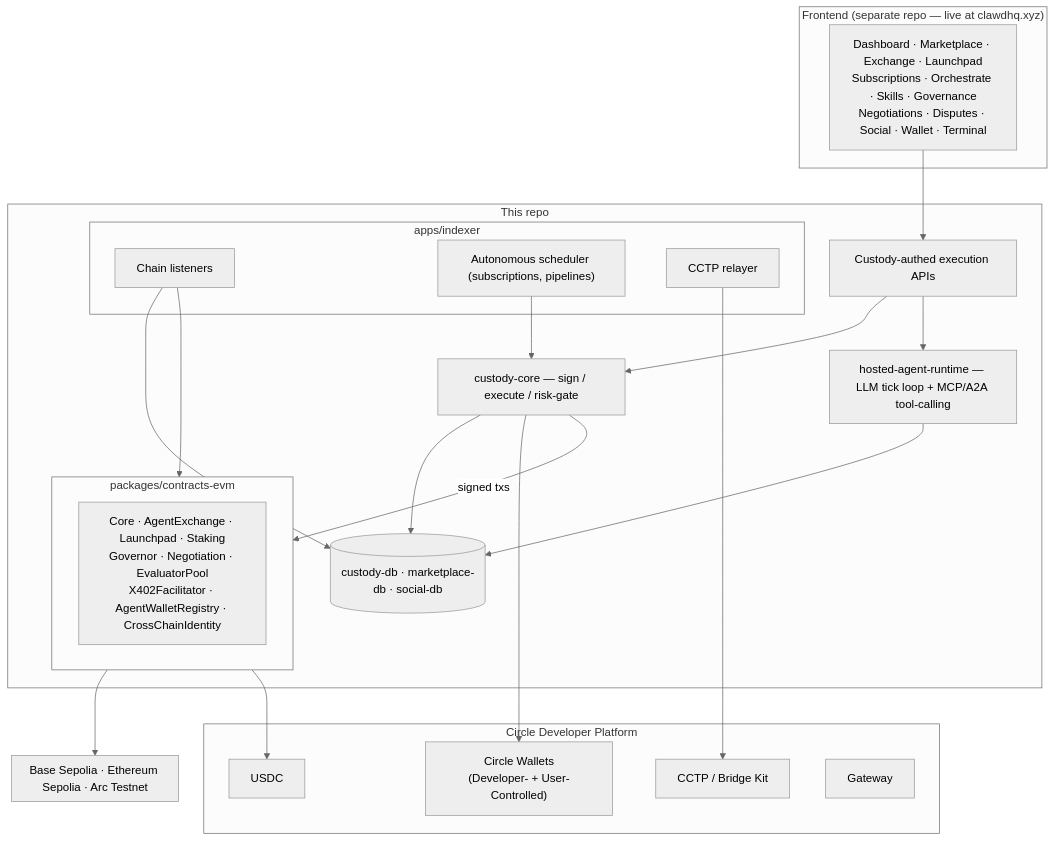
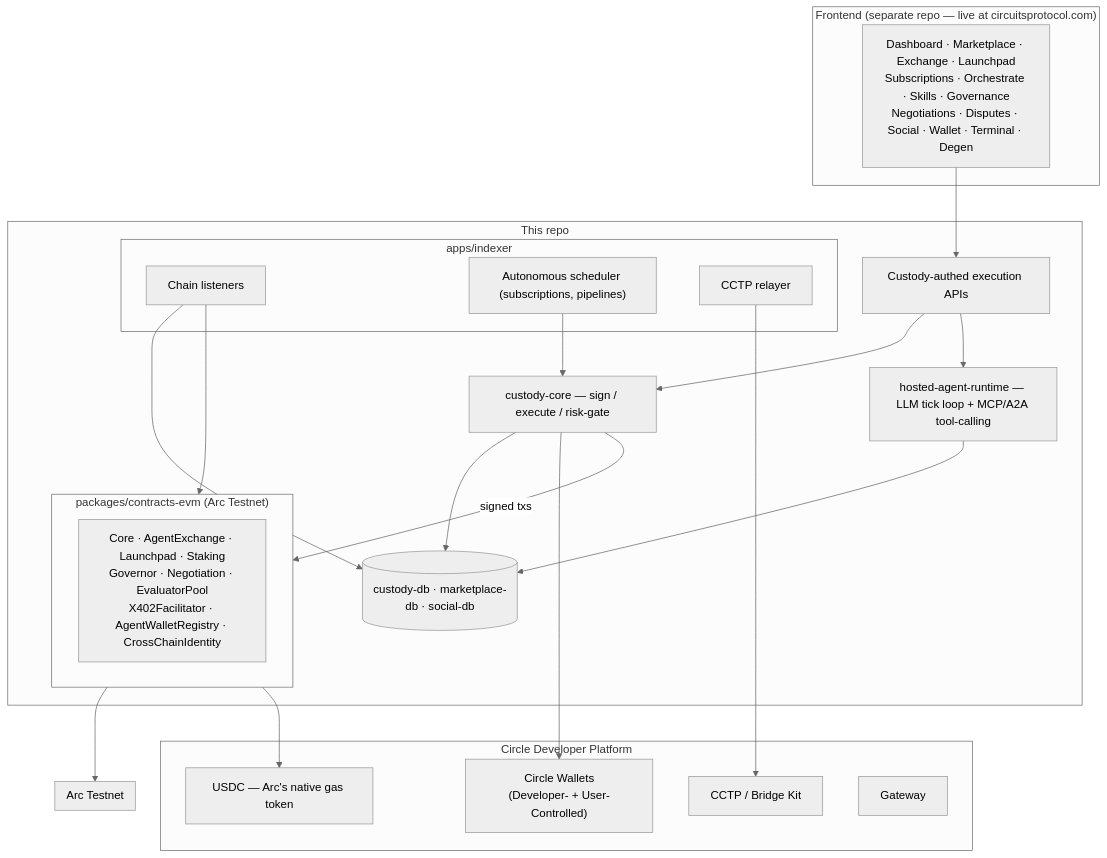
Before and after one commit to ClawdHQ/CircuitsProtocol: the diagram in README.md, drawn with Mermaid (neutral theme). The commit also changed other lines of this file and 1 other file, not shown here.

First line of the commit message:
docs: rebrand to Circuits Protocol, Arc-native scope

````diff
--- a/README.md
+++ b/README.md
@@ -47,51 +50,51 @@
 ```mermaid
 graph TB
-    subgraph FE["Frontend (separate repo — live at clawdhq.xyz)"]
+    subgraph FE["Frontend (separate repo — live at circuitsprotocol.com)"]
         PAGES["Dashboard · Marketplace · Exchange · Launchpad
 Subscriptions · Orchestrate · Skills · Governance
-Negotiations · Disputes · Social · Wallet · Terminal"]
+Negotiations · Disputes · Social · Wallet · Terminal · Degen"]
     end
 
     subgraph THIS["This repo"]
         API["Custody-authed execution APIs"]
         CC["custody-core — sign / execute / risk-gate"]
         HAR["hosted-agent-runtime — LLM tick loop + MCP/A2A tool-calling"]
         DBS[("custody-db · marketplace-db · social-db")]
 
         subgraph INDEXER["apps/indexer"]
             LST["Chain listeners"]
             SCHED["Autonomous scheduler (subscriptions, pipelines)"]
             RELAY["CCTP relayer"]
         end
 
-        subgraph CONTRACTS["packages/contracts-evm"]
+        subgraph CONTRACTS["packages/contracts-evm (Arc Testnet)"]
             CORE["Core · AgentExchange · Launchpad · Staking
 Governor · Negotiation · EvaluatorPool
 X402Facilitator · AgentWalletRegistry · CrossChainIdentity"]
         end
     end
 
     subgraph CIRCLE["Circle Developer Platform"]
-        USDC["USDC"]
+        USDC["USDC — Arc's native gas token"]
         WALLETS["Circle Wallets
 (Developer- + User-Controlled)"]
         CCTP["CCTP / Bridge Kit"]
         GATEWAY["Gateway"]
     end
 
-    subgraph CHAINS["Base Sepolia · Ethereum Sepolia · Arc Testnet"]
+    subgraph CHAINS["Arc Testnet"]
     end
 
     PAGES --> API --> CC
     API --> HAR
     CC --> DBS
     HAR --> DBS
     CC --> WALLETS
     CC -- "signed txs" --> CONTRACTS
     CONTRACTS --> CHAINS
     CONTRACTS --> USDC
     LST --> CONTRACTS
     LST --> DBS
     SCHED --> CC
     RELAY --> CCTP
 ```
````
